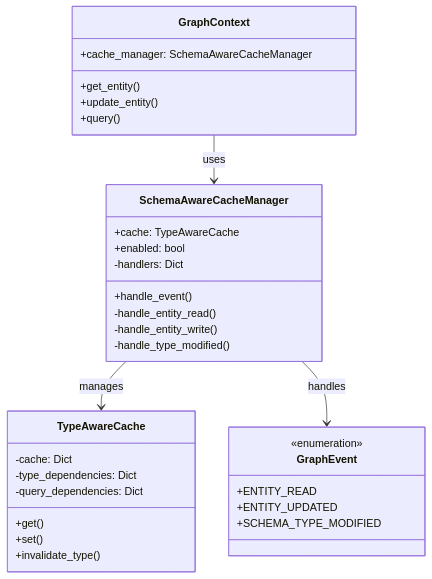
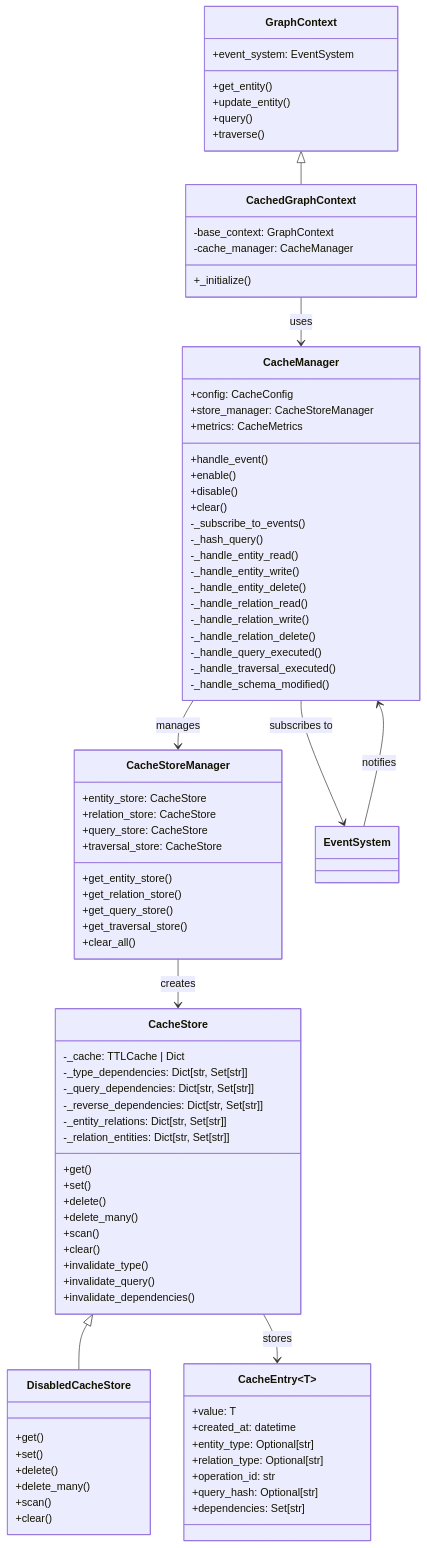
Before and after one commit to beanone/graph-context: the first of 13 diagrams in docs/caching-design.md, drawn with Mermaid. The commit also changed other lines of this file and 8 other files, not shown here.

````diff
--- a/docs/caching-design.md
+++ b/docs/caching-design.md
@@ -11,39 +11,95 @@
 ```mermaid
 classDiagram
     class GraphContext {
-        +cache_manager: SchemaAwareCacheManager
+        +event_system: EventSystem
         +get_entity()
         +update_entity()
         +query()
+        +traverse()
     }
 
-    class SchemaAwareCacheManager {
-        +cache: TypeAwareCache
-        +enabled: bool
-        -handlers: Dict
-        +handle_event()
-        -handle_entity_read()
-        -handle_entity_write()
-        -handle_type_modified()
+    class CachedGraphContext {
+        -base_context: GraphContext
+        -cache_manager: CacheManager
+        +_initialize()
     }
 
-    class TypeAwareCache {
-        -cache: Dict
-        -type_dependencies: Dict
-        -query_dependencies: Dict
+    class CacheManager {
+        +config: CacheConfig
+        +store_manager: CacheStoreManager
+        +metrics: CacheMetrics
+        +handle_event()
+        +enable()
+        +disable()
+        +clear()
+        -_subscribe_to_events()
+        -_hash_query()
+        -_handle_entity_read()
+        -_handle_entity_write()
+        -_handle_entity_delete()
+        -_handle_relation_read()
+        -_handle_relation_write()
+        -_handle_relation_delete()
+        -_handle_query_executed()
+        -_handle_traversal_executed()
+        -_handle_schema_modified()
+    }
+
+    class CacheStoreManager {
+        +entity_store: CacheStore
+        +relation_store: CacheStore
+        +query_store: CacheStore
+        +traversal_store: CacheStore
+        +get_entity_store()
+        +get_relation_store()
+        +get_query_store()
+        +get_traversal_store()
+        +clear_all()
+    }
+
+    class CacheStore {
+        -_cache: TTLCache | Dict
+        -_type_dependencies: Dict[str, Set[str]]
+        -_query_dependencies: Dict[str, Set[str]]
+        -_reverse_dependencies: Dict[str, Set[str]]
+        -_entity_relations: Dict[str, Set[str]]
+        -_relation_entities: Dict[str, Set[str]]
         +get()
         +set()
+        +delete()
+        +delete_many()
+        +scan()
+        +clear()
         +invalidate_type()
+        +invalidate_query()
+        +invalidate_dependencies()
     }
 
-    class GraphEvent {
-        <<enumeration>>
-        +ENTITY_READ
-        +ENTITY_UPDATED
-        +SCHEMA_TYPE_MODIFIED
+    class DisabledCacheStore {
+        +get()
+        +set()
+        +delete()
+        +delete_many()
+        +scan()
+        +clear()
     }
 
-    GraphContext --> SchemaAwareCacheManager : uses
-    SchemaAwareCacheManager --> TypeAwareCache : manages
-    SchemaAwareCacheManager --> GraphEvent : handles
+    class CacheEntry~T~ {
+        +value: T
+        +created_at: datetime
+        +entity_type: Optional[str]
+        +relation_type: Optional[str]
+        +operation_id: str
+        +query_hash: Optional[str]
+        +dependencies: Set[str]
+    }
+
+    GraphContext <|-- CachedGraphContext
+    CachedGraphContext --> CacheManager : uses
+    CacheManager --> CacheStoreManager : manages
+    CacheStoreManager --> CacheStore : creates
+    CacheStore <|-- DisabledCacheStore
+    CacheStore --> CacheEntry : stores
+    CacheManager --> EventSystem : subscribes to
+    EventSystem --> CacheManager : notifies
 ```
````
